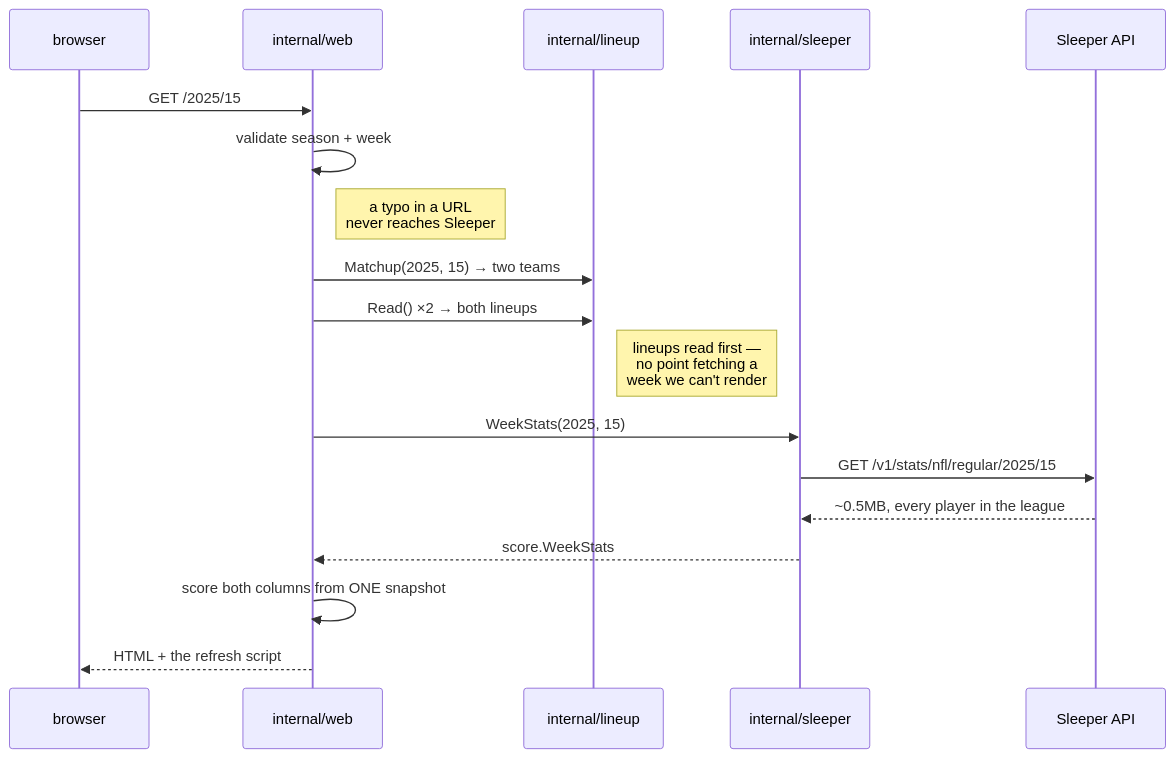
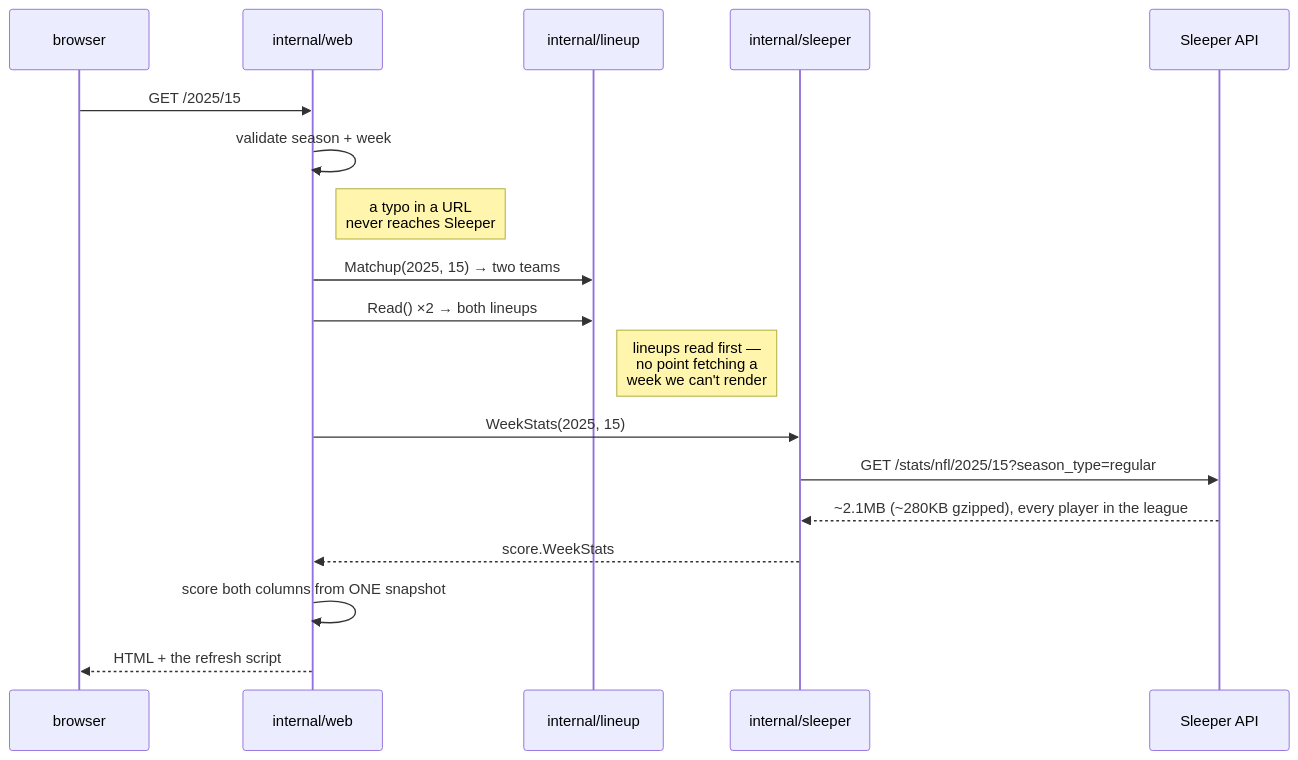
The fourth of 8 diagrams in docs/architecture.md (eshifrin-606/bojjaes), drawn with Mermaid before and after one commit. The commit also changed 13 other files, not shown here.

````diff
--- a/docs/architecture.md
+++ b/docs/architecture.md
@@ -85,21 +85,21 @@
 ```mermaid
 sequenceDiagram
     participant B as browser
     participant W as internal/web
     participant R as internal/lineup
     participant S as internal/sleeper
     participant X as Sleeper API
 
     B->>W: GET /2025/15
     W->>W: validate season + week
     Note right of W: a typo in a URL<br/>never reaches Sleeper
     W->>R: Matchup(2025, 15) → two teams
     W->>R: Read() ×2 → both lineups
     Note right of R: lineups read first —<br/>no point fetching a<br/>week we can't render
     W->>S: WeekStats(2025, 15)
-    S->>X: GET /v1/stats/nfl/regular/2025/15
-    X-->>S: ~0.5MB, every player in the league
+    S->>X: GET /stats/nfl/2025/15?season_type=regular
+    X-->>S: ~2.1MB (~280KB gzipped), every player in the league
     S-->>W: score.WeekStats
     W->>W: score both columns from ONE snapshot
     W-->>B: HTML + the refresh script
 ```
````
